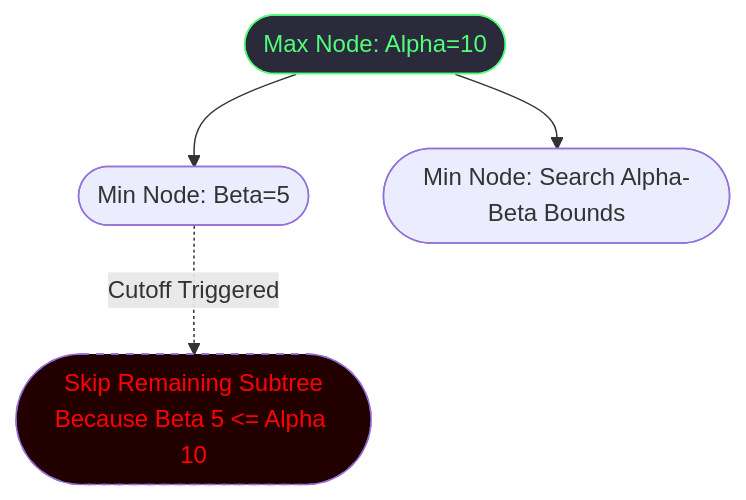
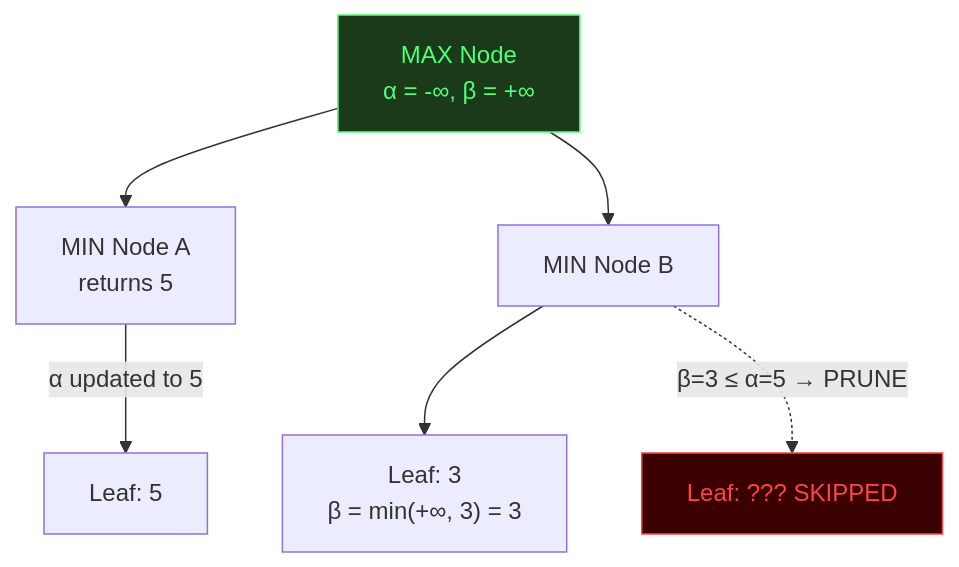
Before and after one commit to Ganesh2006646/FLIP: the third of 3 diagrams in game_analysis_r3.md, drawn with Mermaid. The commit also changed other lines of this file and 5 other files, not shown here.

````diff
--- a/game_analysis_r3.md
+++ b/game_analysis_r3.md
@@ -70,9 +247,11 @@
 ```mermaid
 graph TD
-    ROOT(["Max Node: Alpha=10"]) --> A(["Min Node: Beta=5"])
-    ROOT --> B(["Min Node: Search Alpha-Beta Bounds"])
-    A -.->|Cutoff Triggered| C(["Skip Remaining Subtree<br>Because Beta 5 <= Alpha 10"])
-    
-    style C stroke-dasharray: 5 5, fill:#220000, color:#ff0000
-    style ROOT fill:#2A2A3A,stroke:#50FF78,color:#50FF78
+    MAX["MAX Node<br>α = -∞, β = +∞"] --> M1["MIN Node A<br>returns 5"]
+    MAX --> M2["MIN Node B"]
+    M1 -->|"α updated to 5"| L1["Leaf: 5"]
+    M2 --> L2["Leaf: 3<br>β = min(+∞, 3) = 3"]
+    M2 -. "β=3 ≤ α=5 → PRUNE" .-> L3["Leaf: ??? SKIPPED"]
+
+    style L3 fill:#3a0000,color:#ff4444,stroke:#ff4444
+    style MAX fill:#1a3a1a,color:#50FF78,stroke:#50FF78
 ```
````
